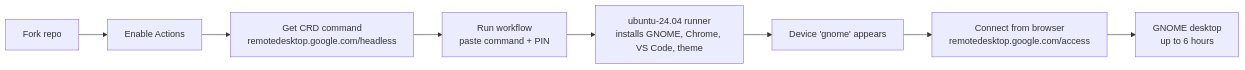
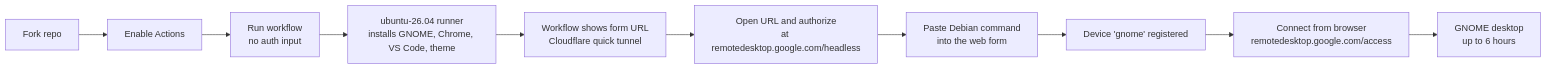
One commit to ArchDityaa/gnome-crd changed the diagram in README.en.md. Above: the diagram before and after it, drawn with Mermaid. The commit also changed other lines of this file and 9 other files, not shown here.

First line of the commit message:
feat(gnome26): authorize CRD via web form after desktop is ready

````diff
--- a/README.en.md
+++ b/README.en.md
@@ -28,10 +28,12 @@
 ```mermaid
 flowchart LR
   A[Fork repo] --> B[Enable Actions]
-  B --> C[Get CRD command<br/>remotedesktop.google.com/headless]
-  C --> D[Run workflow<br/>paste command + PIN]
-  D --> E[ubuntu-24.04 runner<br/>installs GNOME, Chrome, VS Code, theme]
-  E --> F[Device 'gnome' appears]
-  F --> G[Connect from browser<br/>remotedesktop.google.com/access]
-  G --> H[GNOME desktop<br/>up to 6 hours]
+  B --> C[Run workflow<br/>no auth input]
+  C --> D[ubuntu-26.04 runner<br/>installs GNOME, Chrome, VS Code, theme]
+  D --> E[Workflow shows form URL<br/>Cloudflare quick tunnel]
+  E --> F[Open URL and authorize<br/>at remotedesktop.google.com/headless]
+  F --> G[Paste Debian command<br/>into the web form]
+  G --> H[Device 'gnome' registered]
+  H --> I[Connect from browser<br/>remotedesktop.google.com/access]
+  I --> J[GNOME desktop<br/>up to 6 hours]
 ```
````
